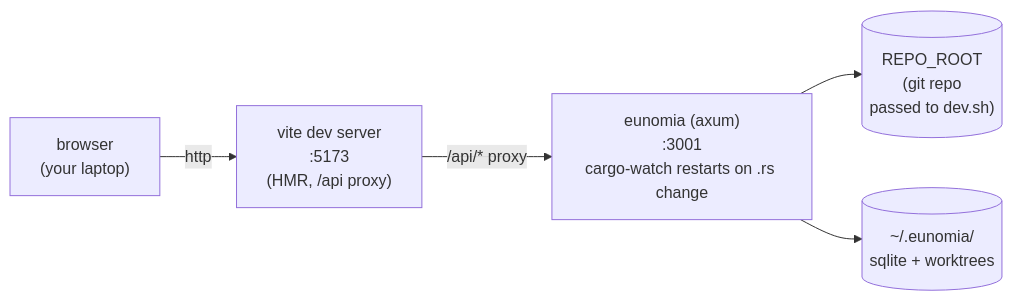
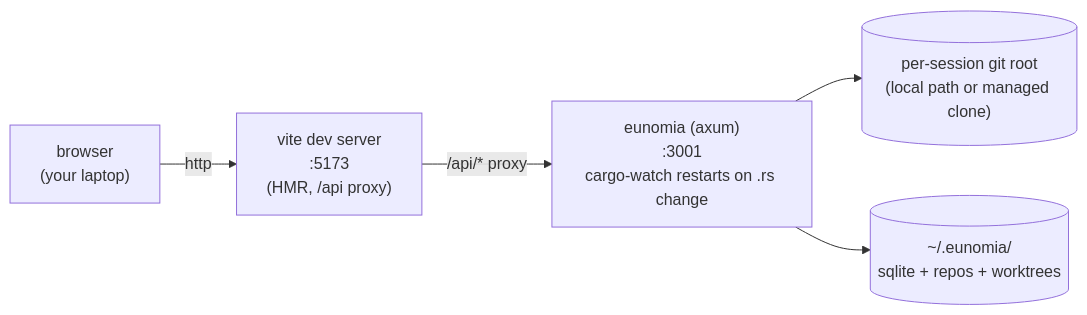
One commit to James-Mart/eunomio changed the diagram in ARCHITECTURE.md. Above: the diagram before and after it, drawn with Mermaid. The commit also changed other lines of this file and 37 other files, not shown here.

Commit message:
local vs remote git repos

````diff
--- a/ARCHITECTURE.md
+++ b/ARCHITECTURE.md
@@ -5,13 +5,13 @@
 ```mermaid
 flowchart LR
   browser["browser<br/>(your laptop)"]
   vite["vite dev server<br/>:5173<br/>(HMR, /api proxy)"]
   rust["eunomia (axum)<br/>:3001<br/>cargo-watch restarts on .rs change"]
-  repo[("REPO_ROOT<br/>(git repo<br/>passed to dev.sh)")]
-  state[("~/.eunomia/<br/>sqlite + worktrees")]
+  repo[("per-session git root<br/>(local path or managed clone)")]
+  state[("~/.eunomia/<br/>sqlite + repos + worktrees")]
 
   browser -->|"http"| vite
   vite -->|"/api/* proxy"| rust
   rust --> repo
   rust --> state
 ```
````
